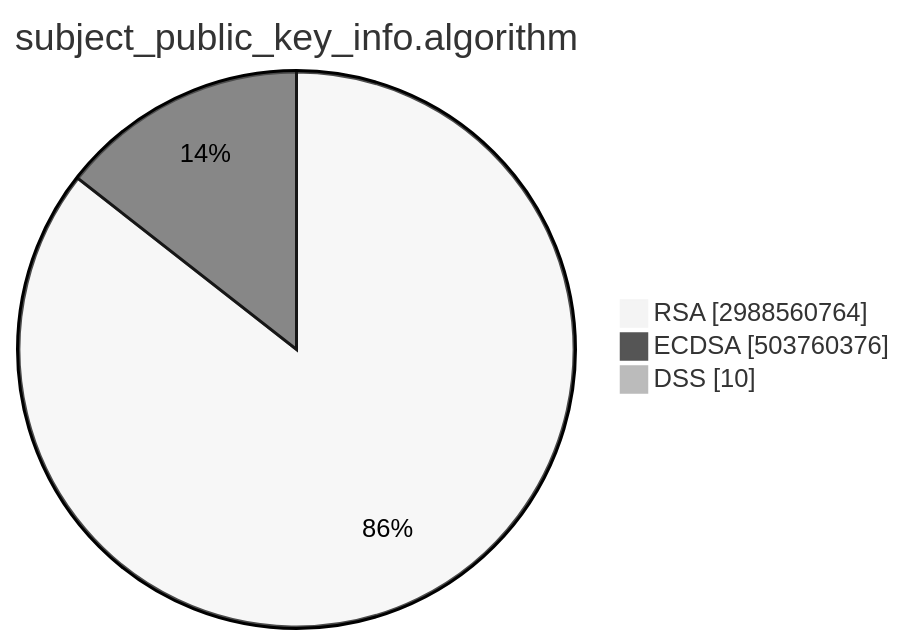
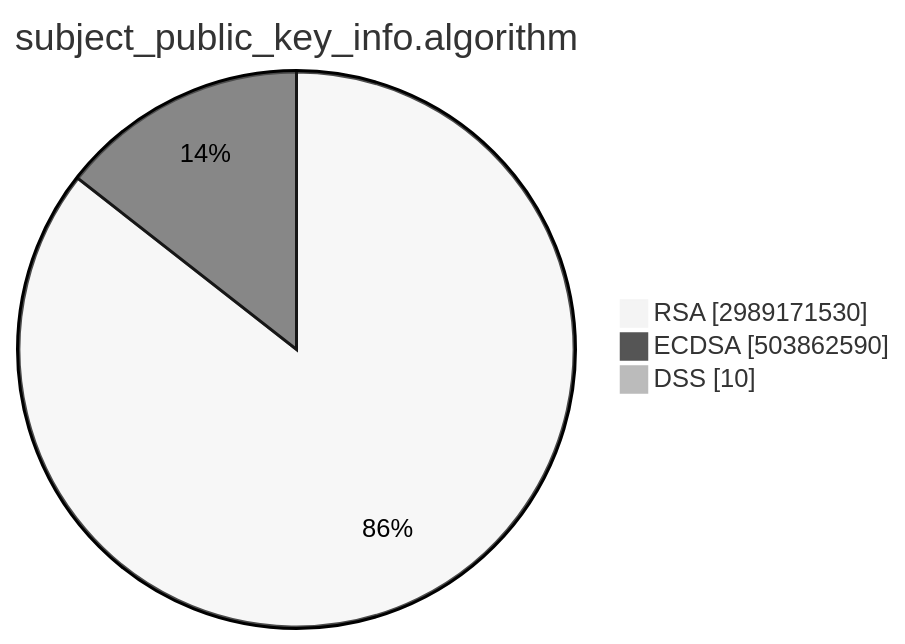
Before and after one commit to christiankrug/ctmonitor_visualization: the second of 15 diagrams in TOTAL/README.md, drawn with Mermaid (neutral theme). The commit also changed other lines of this file, not shown here.

````diff
--- a/TOTAL/README.md
+++ b/TOTAL/README.md
@@ -6,7 +6,7 @@
 ```mermaid
 pie showData
 title subject_public_key_info.algorithm
-"RSA" :2988560764
-"ECDSA" :503760376
+"RSA" :2989171530
+"ECDSA" :503862590
 "DSS" :10
 ```
````
